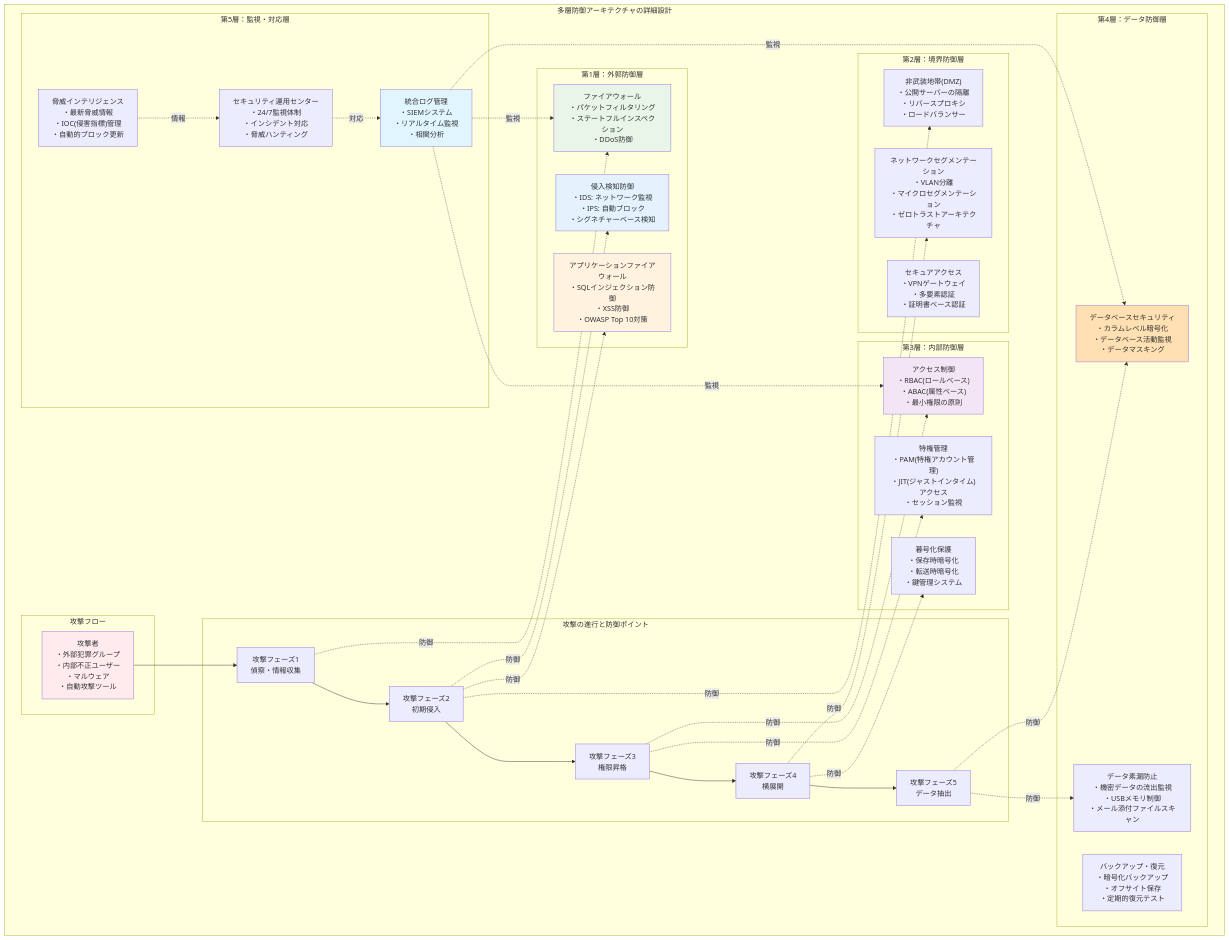
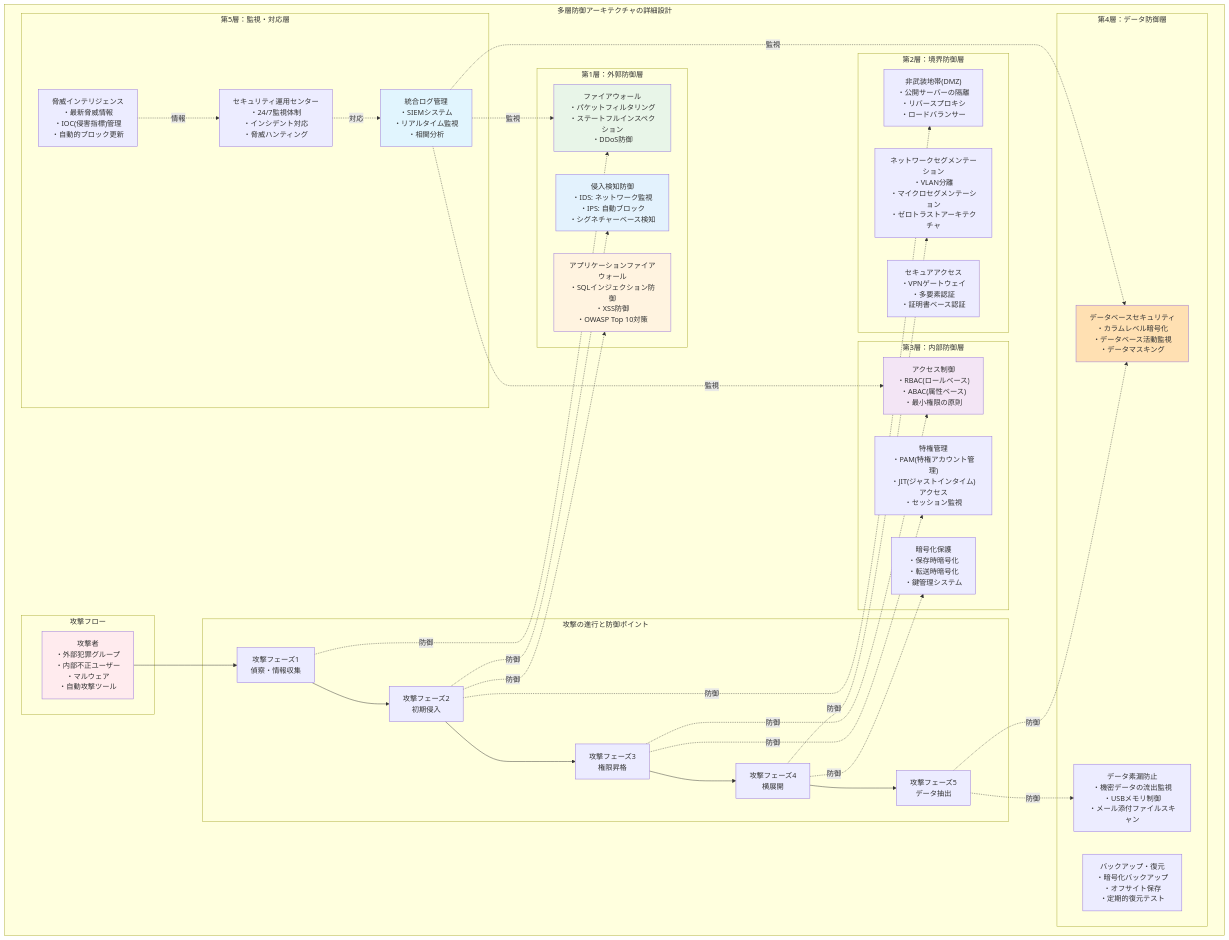
One commit to itdojp/it-infra-security-guide-book changed the first of 5 diagrams in src/chapter-chapter02/index.md. Above: the diagram before and after it, drawn with Mermaid.

````diff
--- a/src/chapter-chapter02/index.md
+++ b/src/chapter-chapter02/index.md
@@ -27,77 +27,77 @@
 ```mermaid
 graph TB
     subgraph "多層防御アーキテクチャの詳細設計"
         subgraph "攻撃フロー"
             Attacker["攻撃者<br/>・外部犯罪グループ<br/>・内部不正ユーザー<br/>・マルウェア<br/>・自動攻撃ツール"]
         end
         
         subgraph "第1層：外郭防御層"
             Firewall["ファイアウォール<br/>・パケットフィルタリング<br/>・ステートフルインスペクション<br/>・DDoS防御"]
             IDS_IPS["侵入検知防御<br/>・IDS: ネットワーク監視<br/>・IPS: 自動ブロック<br/>・シグネチャーベース検知"]
             WAF["アプリケーションファイアウォール<br/>・SQLインジェクション防御<br/>・XSS防御<br/>・OWASP Top 10対策"]
         end
         
         subgraph "第2層：境界防御層"
             DMZ["非武装地帯(DMZ)<br/>・公開サーバーの隔離<br/>・リバースプロキシ<br/>・ロードバランサー"]
             Segmentation["ネットワークセグメンテーション<br/>・VLAN分離<br/>・マイクロセグメンテーション<br/>・ゼロトラストアーキテクチャ"]
             VPN["セキュアアクセス<br/>・VPNゲートウェイ<br/>・多要素認証<br/>・証明書ベース認証"]
         end
         
         subgraph "第3層：内部防御層"
             AccessControl["アクセス制御<br/>・RBAC(ロールベース)<br/>・ABAC(属性ベース)<br/>・最小権限の原則"]
             PrivilegeManagement["特権管理<br/>・PAM(特権アカウント管理)<br/>・JIT(ジャストインタイム)アクセス<br/>・セッション監視"]
-            Encryption["暮号化保護<br/>・保存時暗号化<br/>・転送時暗号化<br/>・鍵管理システム"]
+            Encryption["暗号化保護<br/>・保存時暗号化<br/>・転送時暗号化<br/>・鍵管理システム"]
         end
         
         subgraph "第4層：データ防御層"
             DatabaseSecurity["データベースセキュリティ<br/>・カラムレベル暗号化<br/>・データベース活動監視<br/>・データマスキング"]
             Backup["バックアップ・復元<br/>・暗号化バックアップ<br/>・オフサイト保存<br/>・定期的復元テスト"]
             DLP["データ素漏防止<br/>・機密データの流出監視<br/>・USBメモリ制御<br/>・メール添付ファイルスキャン"]
         end
         
         subgraph "第5層：監視・対応層"
             SIEM["統合ログ管理<br/>・SIEMシステム<br/>・リアルタイム監視<br/>・相関分析"]
             SOC["セキュリティ運用センター<br/>・24/7監視体制<br/>・インシデント対応<br/>・脅威ハンティング"]
             ThreatIntel["脅威インテリジェンス<br/>・最新脅威情報<br/>・IOC(侵害指標)管理<br/>・自動的ブロック更新"]
         end
         
         subgraph "攻撃の進行と防御ポイント"
             Attack1["攻撃フェーズ1<br/>偵察・情報収集"]
             Attack2["攻撃フェーズ2<br/>初期侵入"]
             Attack3["攻撃フェーズ3<br/>権限昇格"]
             Attack4["攻撃フェーズ4<br/>横展開"]
             Attack5["攻撃フェーズ5<br/>データ抽出"]
         end
         
         Attacker --> Attack1
         Attack1 --> Attack2
         Attack2 --> Attack3
         Attack3 --> Attack4
         Attack4 --> Attack5
         
         Attack1 -.防御.-> Firewall
         Attack2 -.防御.-> IDS_IPS
         Attack2 -.防御.-> WAF
         Attack2 -.防御.-> DMZ
         Attack3 -.防御.-> AccessControl
         Attack3 -.防御.-> PrivilegeManagement
         Attack4 -.防御.-> Segmentation
         Attack4 -.防御.-> Encryption
         Attack5 -.防御.-> DatabaseSecurity
         Attack5 -.防御.-> DLP
         
         SIEM -.監視.-> Firewall
         SIEM -.監視.-> AccessControl
         SIEM -.監視.-> DatabaseSecurity
         SOC -.対応.-> SIEM
         ThreatIntel -.情報.-> SOC
     end
     
     style Attacker fill:#ffebee
     style Firewall fill:#e8f5e8
     style IDS_IPS fill:#e3f2fd
     style WAF fill:#fff3e0
     style AccessControl fill:#f3e5f5
     style DatabaseSecurity fill:#ffe0b2
     style SIEM fill:#e1f5fe
 ```
````
